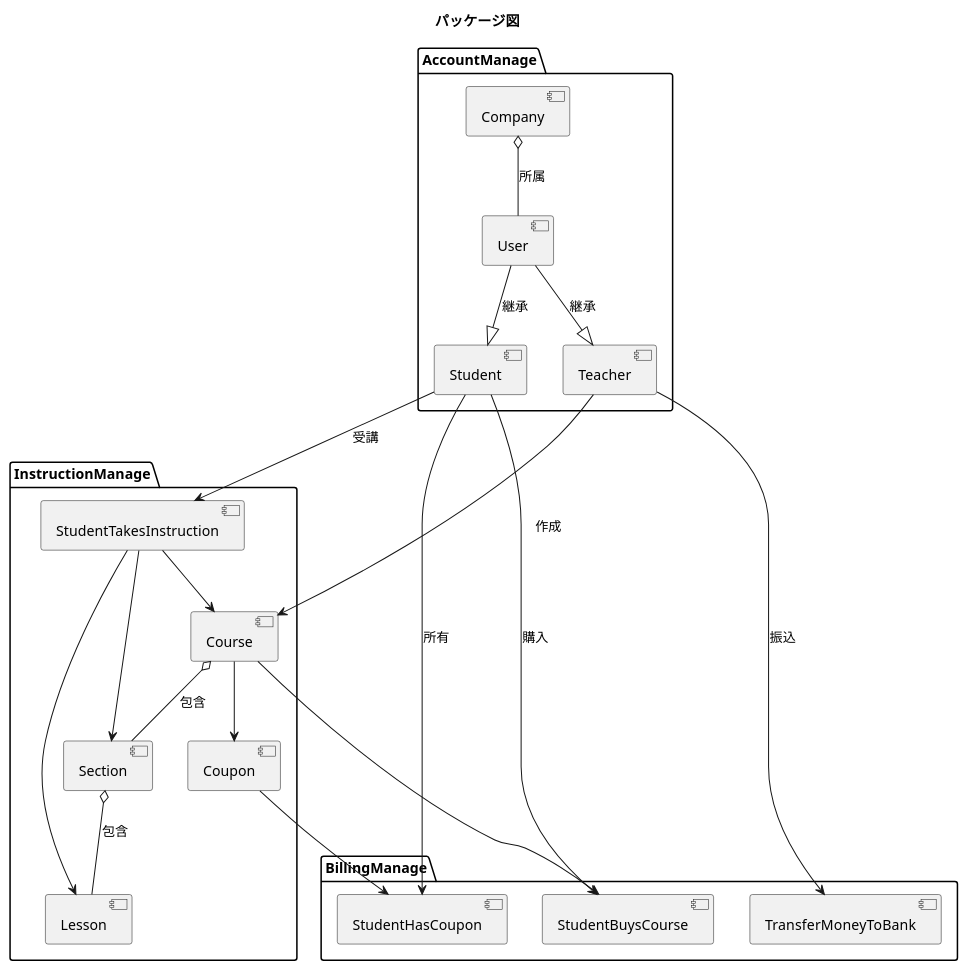
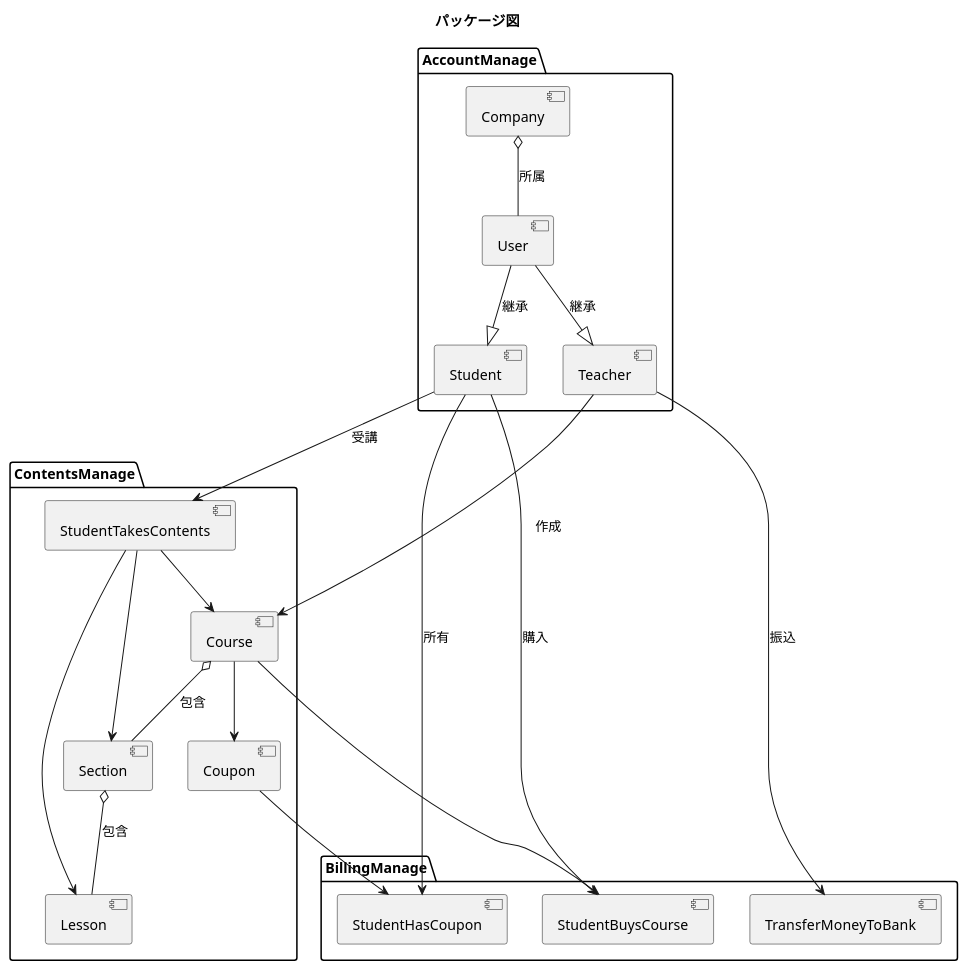
Before and after one commit to conte0745/uml-practic: the diagram in package.puml, drawn with PlantUML. The commit also changed 10 other files, not shown here.

```diff
--- a/package.puml
+++ b/package.puml
@@ -1,50 +1,50 @@
 @startuml パッケージ図
 title パッケージ図
 
 ' アカウント管理
 package "AccountManage" {
     [User]
     [Student]
     [Teacher]
     [Company]
 }
 
 ' 講座管理
-package "InstructionManage" {
+package "ContentsManage" {
     [Course]
     [Section]
     [Lesson]
-    [StudentTakesInstruction]
+    [StudentTakesContents]
     [Coupon]
 }
 
 ' 支払い管理
 package "BillingManage" {
     [TransferMoneyToBank]
     [StudentHasCoupon]
     [StudentBuysCourse]
 }
 
 [User] --|> [Student] : 継承
 [User] --|> [Teacher] : 継承
 [Company] o-- [User] : 所属
 
 [Teacher] --> [TransferMoneyToBank] : 振込
 [Student] --> [StudentHasCoupon] : 所有
 [Student] --> [StudentBuysCourse] : 購入
 
 [Teacher] --> [Course] : 作成
 [Course] --> [Coupon]
 
 [Course] o-- [Section] : 包含
 [Section] o-- [Lesson] : 包含
 
-[Student] --> [StudentTakesInstruction] : 受講
-[StudentTakesInstruction] --> [Course]
-[StudentTakesInstruction] --> [Section]
-[StudentTakesInstruction] --> [Lesson]
+[Student] --> [StudentTakesContents] : 受講
+[StudentTakesContents] --> [Course]
+[StudentTakesContents] --> [Section]
+[StudentTakesContents] --> [Lesson]
 
 [Coupon] --> [StudentHasCoupon]
 [Course] --> [StudentBuysCourse]
 
 @enduml
```
